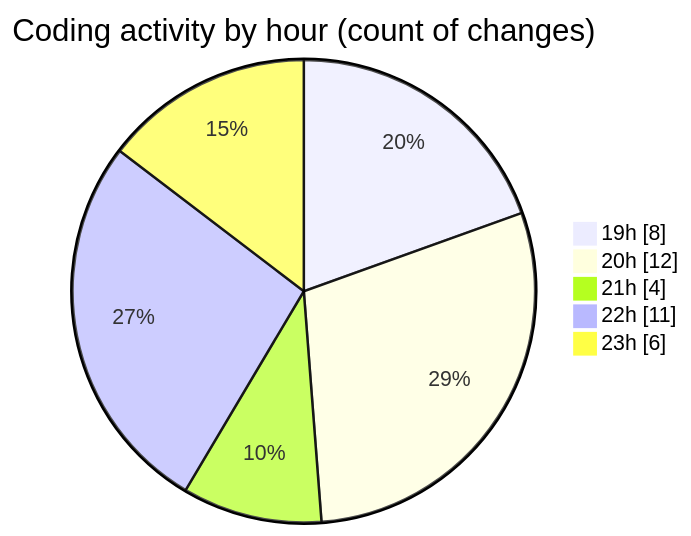
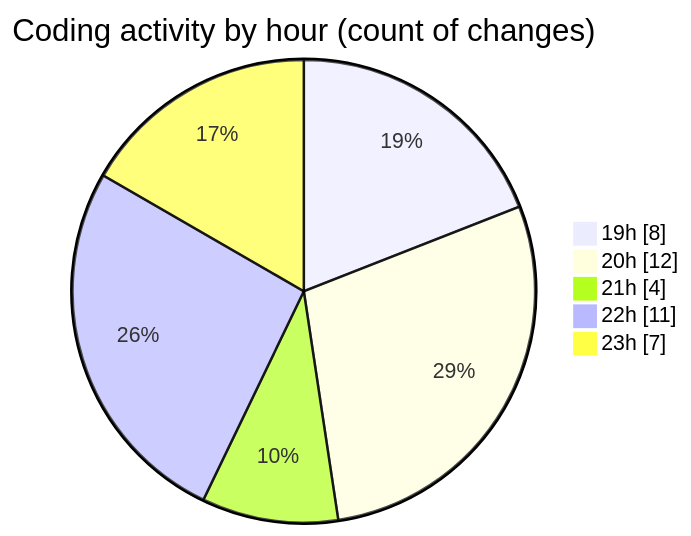
One commit to Elitesun/code-tracking changed the second of 2 diagrams in 2025-04-10/product-page/README.md. Above: the diagram before and after it, drawn with Mermaid. The commit also changed other lines of this file and 1 other file, not shown here.

````diff
--- a/2025-04-10/product-page/README.md
+++ b/2025-04-10/product-page/README.md
@@ -43,9 +43,9 @@
 ```mermaid
 pie showData
 title Coding activity by hour (count of changes)
 "19h" : 8
 "20h" : 12
 "21h" : 4
 "22h" : 11
-"23h" : 6
+"23h" : 7
 ```
````
